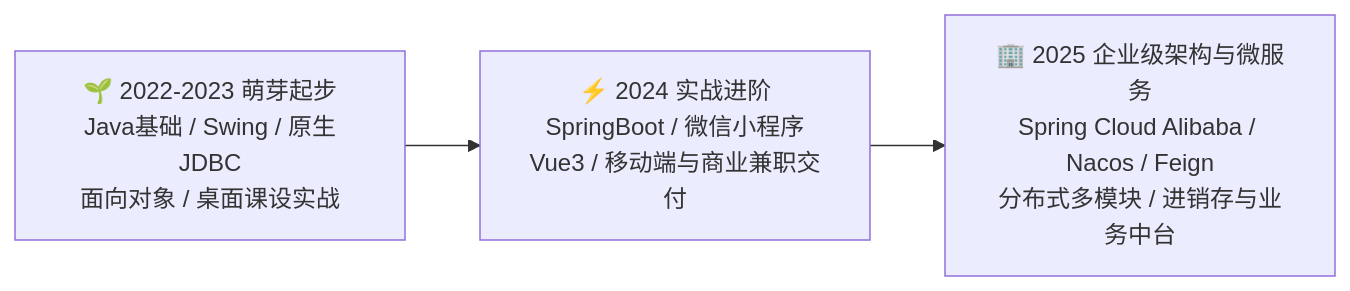
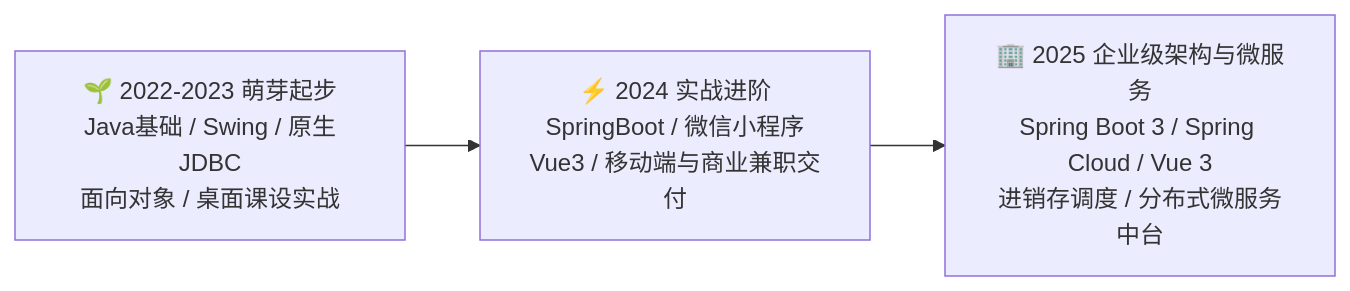
One commit to 2454435987/my-programming-journey changed the diagram in README.md. Above: the diagram before and after it, drawn with Mermaid. The commit also changed other lines of this file and 160 other files, not shown here.

````diff
--- a/README.md
+++ b/README.md
@@ -10,5 +10,5 @@
 ```mermaid
 flowchart LR
     A["🌱 2022-2023 萌芽起步<br/>Java基础 / Swing / 原生JDBC<br/>面向对象 / 桌面课设实战"] --> B["⚡ 2024 实战进阶<br/>SpringBoot / 微信小程序<br/>Vue3 / 移动端与商业兼职交付"]
-    B --> C["🏢 2025 企业级架构与微服务<br/>Spring Cloud Alibaba / Nacos / Feign<br/>分布式多模块 / 进销存与业务中台"]
+    B --> C["🏢 2025 企业级架构与微服务<br/>Spring Boot 3 / Spring Cloud / Vue 3<br/>进销存调度 / 分布式微服务中台"]
 ```
````
